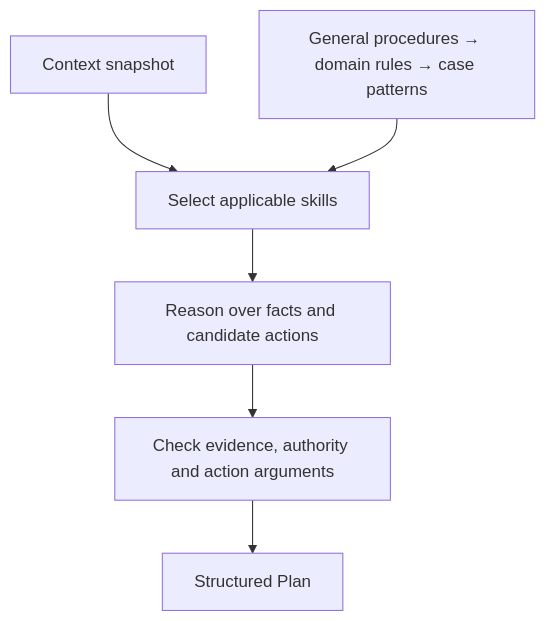
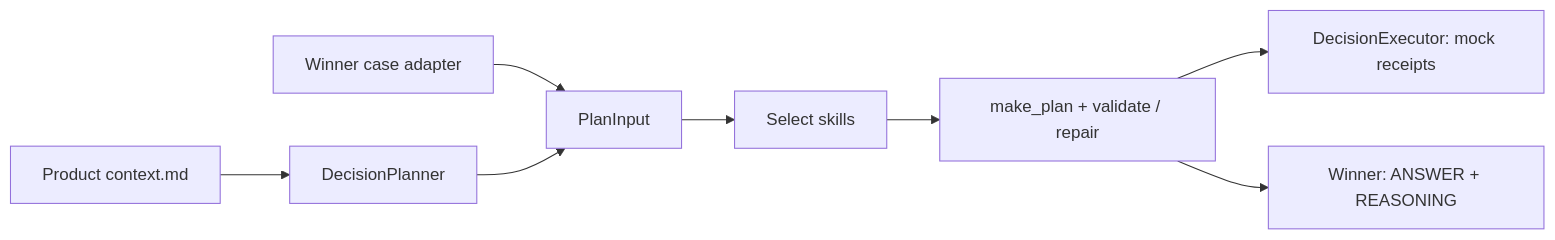
One commit to xmanatee/dwelly-hack-2026 changed the diagram in docs/planner/README.md. Above: the diagram before and after it, drawn with Mermaid. The commit also changed other lines of this file and 13 other files, not shown here.

````diff
--- a/docs/planner/README.md
+++ b/docs/planner/README.md
@@ -34,8 +9,10 @@
 ```mermaid
-flowchart TD
-    C[Context snapshot] --> S[Select applicable skills]
-    K[General procedures → domain rules → case patterns] --> S
-    S --> R[Reason over facts and candidate actions]
-    R --> V[Check evidence, authority and action arguments]
-    V --> P[Structured Plan]
+flowchart LR
+    C[Product context.md] --> A[DecisionPlanner]
+    W[Winner case adapter] --> I[PlanInput]
+    A --> I
+    I --> S[Select skills]
+    S --> P[make_plan + validate / repair]
+    P --> E[DecisionExecutor: mock receipts]
+    P --> G[Winner: ANSWER + REASONING]
 ```
````
